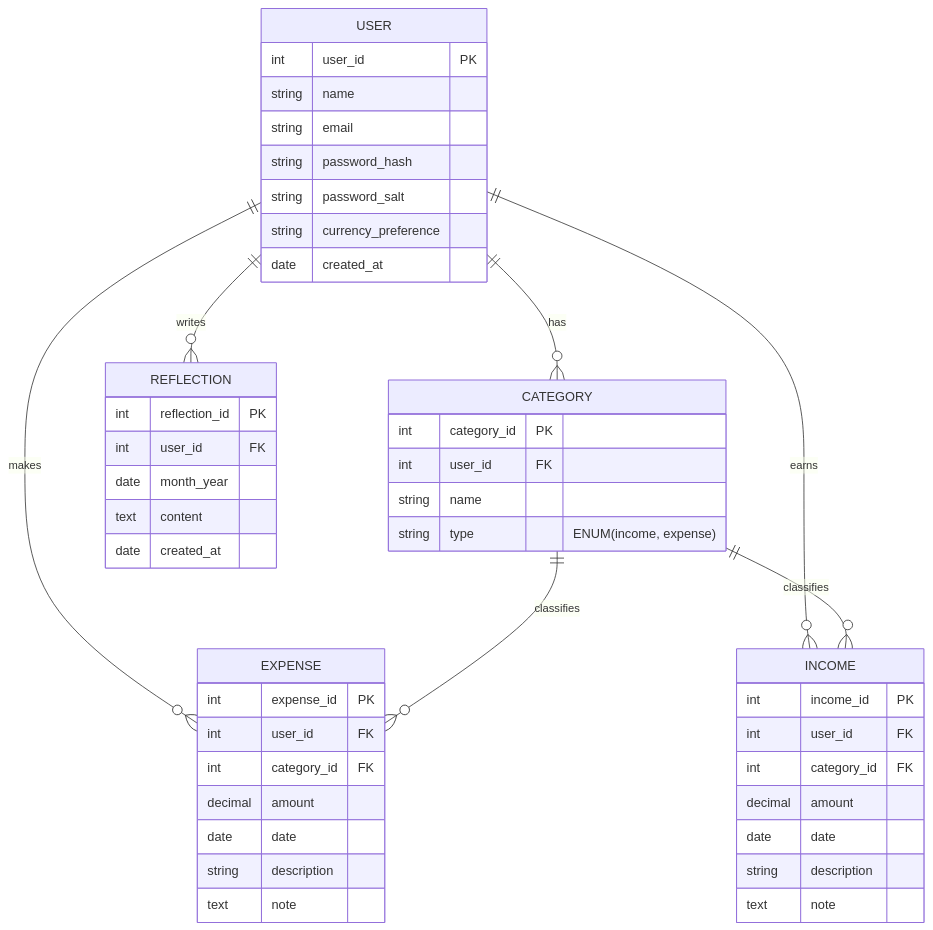
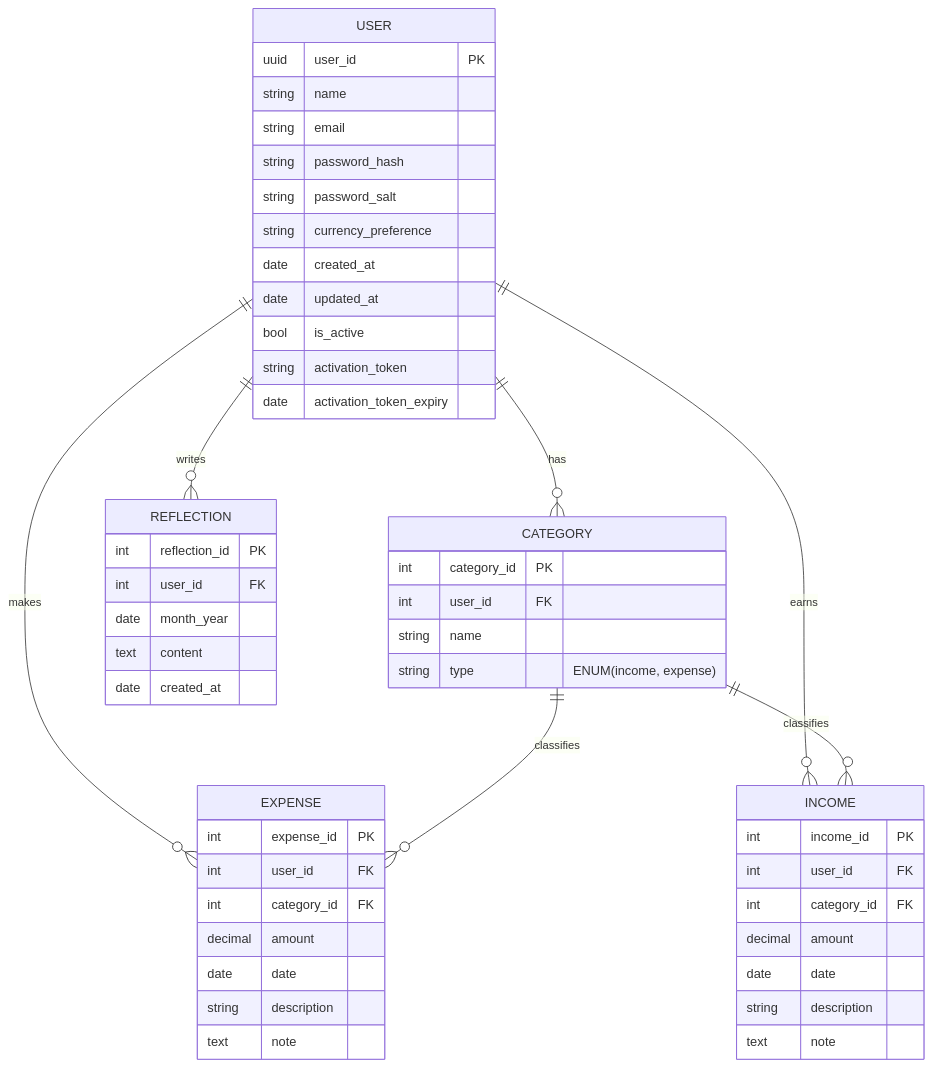
The first of 2 diagrams in README.md (IgorVenancio/My-Kakeibo), drawn with Mermaid before and after one commit. The commit also changed other lines of this file and 9 other files, not shown here.

Commit message:
Initial user registration. Initial email sending service. Changes in database schema.

````diff
--- a/README.md
+++ b/README.md
@@ -22,55 +22,59 @@
 ```mermaid
 erDiagram
     USER ||--o{ CATEGORY : has
     USER ||--o{ EXPENSE : makes
     USER ||--o{ INCOME : earns
     USER ||--o{ REFLECTION : writes
 
     CATEGORY ||--o{ EXPENSE : classifies
     CATEGORY ||--o{ INCOME : classifies
 
     USER {
-        int user_id PK
+        uuid user_id PK
         string name
         string email
         string password_hash
         string password_salt
         string currency_preference
         date created_at
+        date updated_at
+        bool is_active
+        string activation_token
+        date activation_token_expiry
     }
 
     CATEGORY {
         int category_id PK
         int user_id FK
         string name
         string type "ENUM(income, expense)"
     }
 
     EXPENSE {
         int expense_id PK
         int user_id FK
         int category_id FK
         decimal amount
         date date
         string description
         text note
     }
 
     INCOME {
         int income_id PK
         int user_id FK
         int category_id FK
         decimal amount
         date date
         string description
         text note
     }
 
     REFLECTION {
         int reflection_id PK
         int user_id FK
         date month_year
         text content
         date created_at
     }
 ```
````
